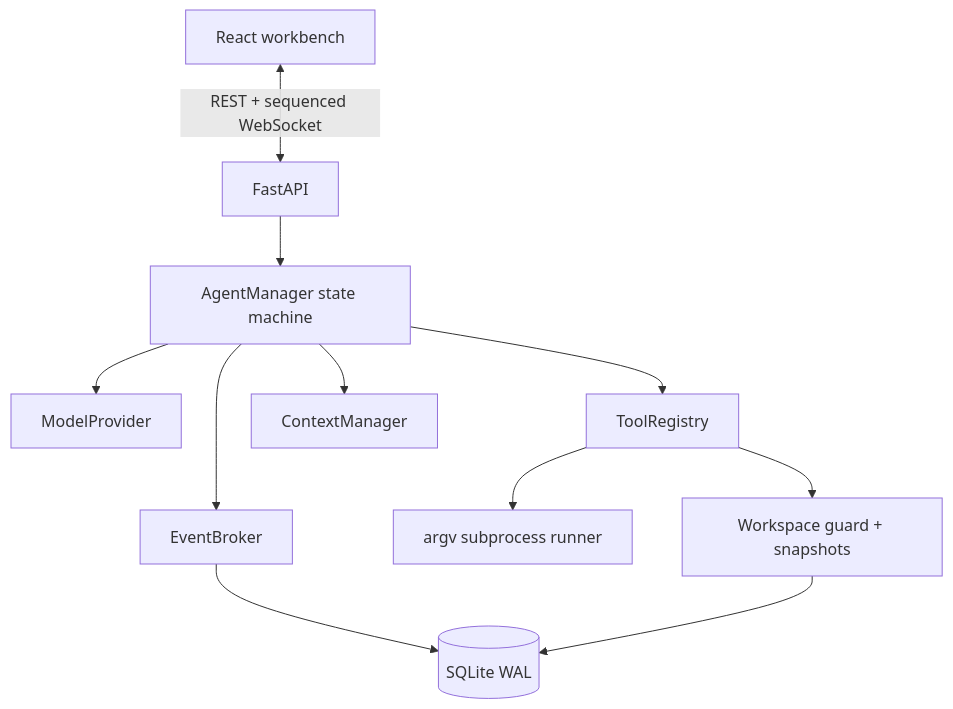
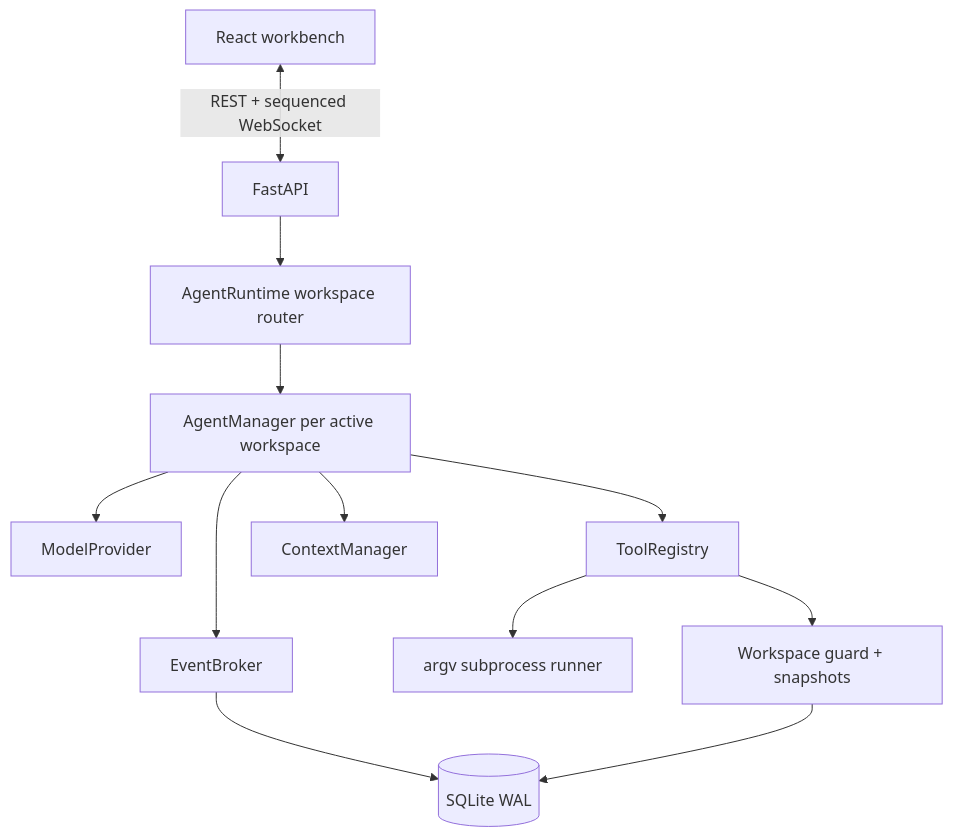
The first of 2 diagrams in docs/architecture.md (iamzwxyy/traceforge), drawn with Mermaid before and after one commit. The commit also changed other lines of this file and 3 other files, not shown here.

````diff
--- a/docs/architecture.md
+++ b/docs/architecture.md
@@ -12,13 +12,14 @@
 ```mermaid
 flowchart TB
     UI[React workbench] <-->|REST + sequenced WebSocket| API[FastAPI]
-    API --> Manager[AgentManager state machine]
+    API --> Runtime[AgentRuntime workspace router]
+    Runtime --> Manager[AgentManager per active workspace]
     Manager --> Provider[ModelProvider]
     Manager --> Tools[ToolRegistry]
     Manager --> Context[ContextManager]
     Tools --> Guard[Workspace guard + snapshots]
     Tools --> Process[argv subprocess runner]
     Manager --> Broker[EventBroker]
     Broker --> DB[(SQLite WAL)]
     Guard --> DB
 ```
````
